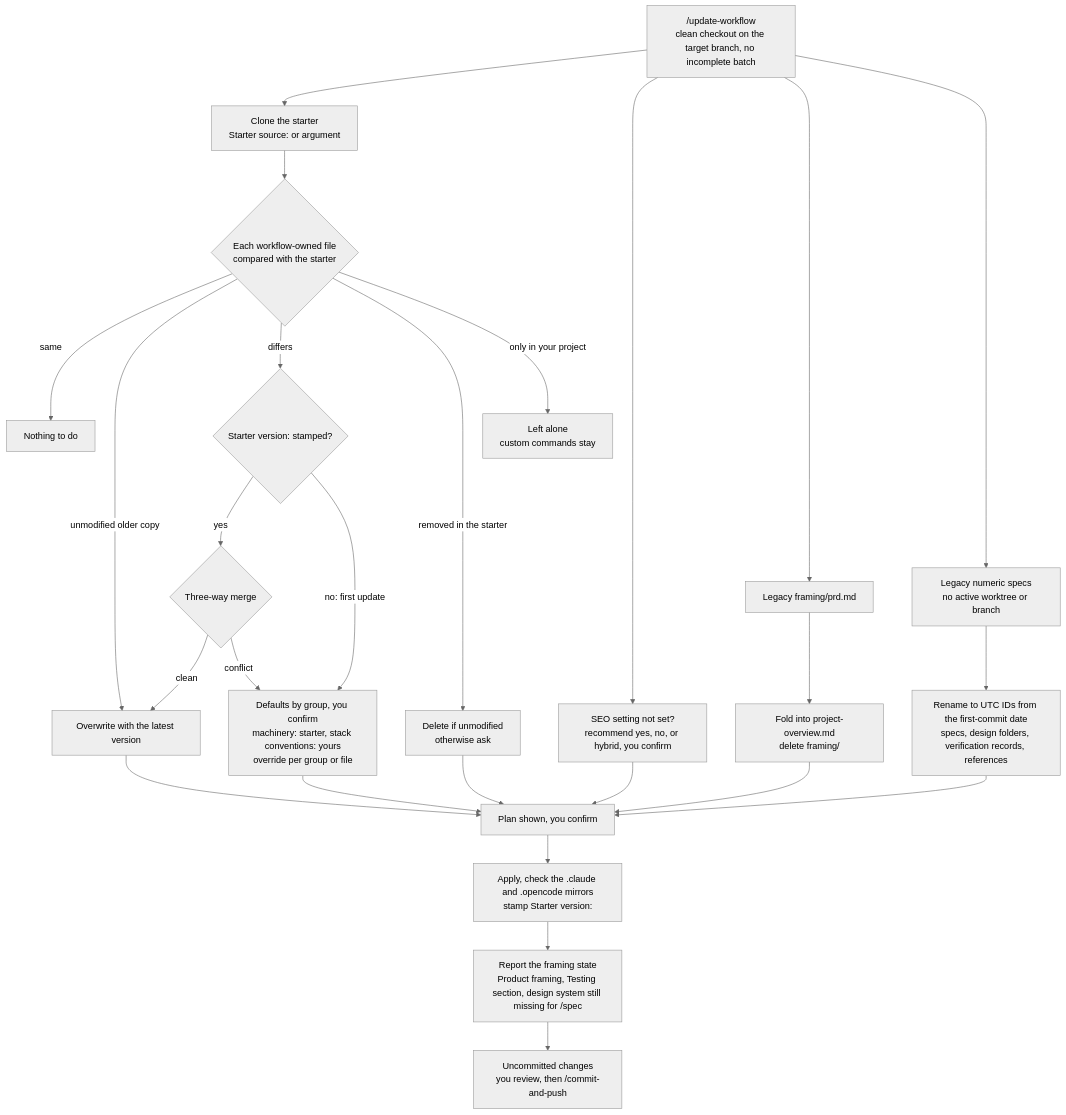
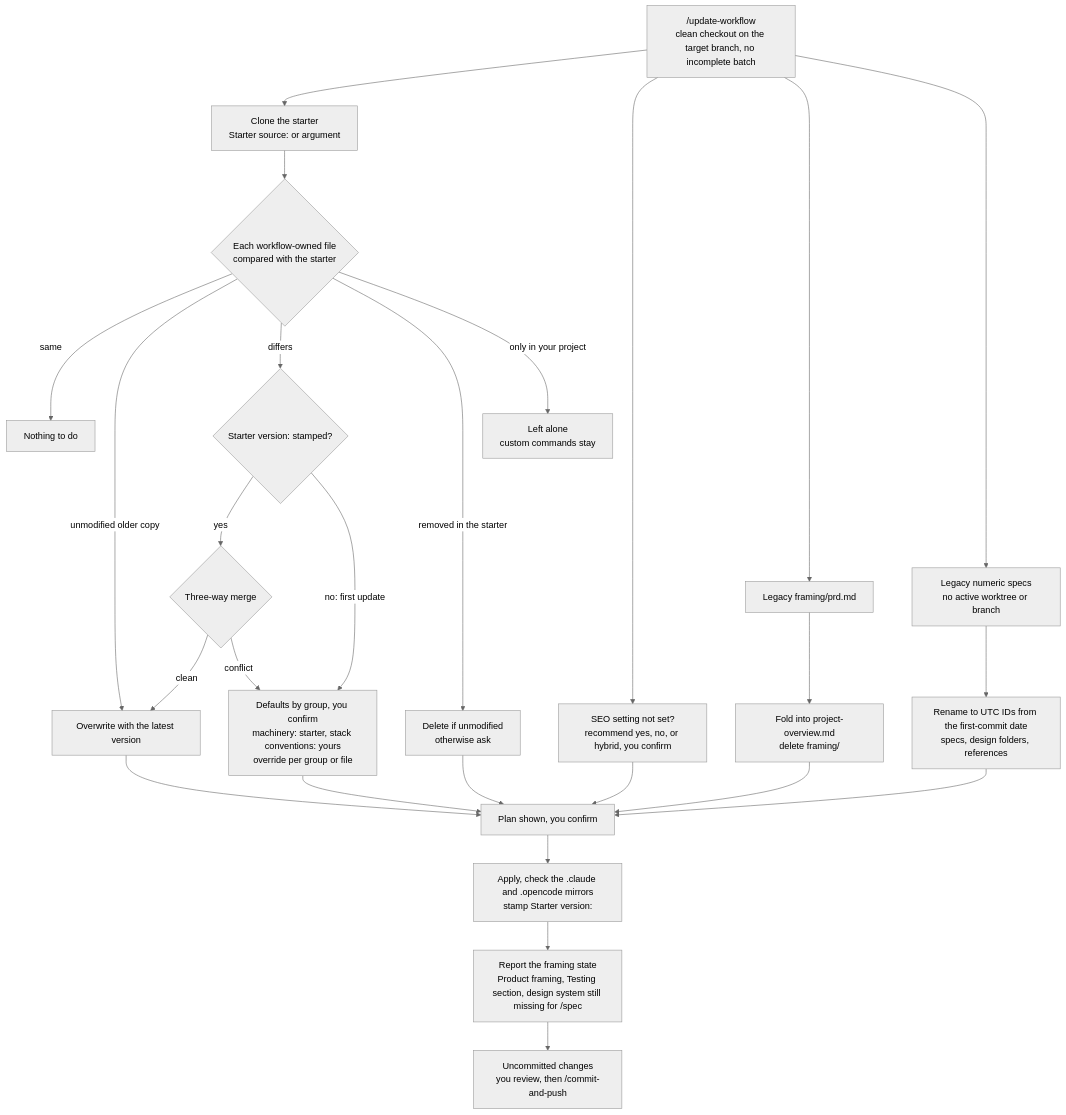
One commit to the-blue-coder/agentic-starter changed the sixth of 6 diagrams in README.md. Above: the diagram before and after it, drawn with Mermaid (neutral theme). The commit also changed other lines of this file and 10 other files, not shown here.

````diff
--- a/README.md
+++ b/README.md
@@ -328,28 +328,28 @@
 ```mermaid
 flowchart TD
   start["/update-workflow<br/>clean checkout on the target branch, no incomplete batch"] --> fetch["Clone the starter<br/>Starter source: or argument"]
   fetch --> classify{"Each workflow-owned file<br/>compared with the starter"}
   classify -- "same" --> skip["Nothing to do"]
   classify -- "unmodified older copy" --> overwrite["Overwrite with the latest version"]
   classify -- "differs" --> base{"Starter version: stamped?"}
   base -- "yes" --> merge{"Three-way merge"}
   merge -- "clean" --> overwrite
   merge -- "conflict" --> ask
   base -- "no: first update" --> ask["Defaults by group, you confirm<br/>machinery: starter, stack conventions: yours<br/>override per group or file"]
   classify -- "removed in the starter" --> remove["Delete if unmodified<br/>otherwise ask"]
   classify -- "only in your project" --> own["Left alone<br/>custom commands stay"]
   start --> seoq["SEO setting not set?<br/>recommend yes, no, or hybrid, you confirm"]
   start --> prdlegacy["Legacy framing/prd.md"]
   prdlegacy --> foldprd["Fold into project-overview.md<br/>delete framing/"]
   foldprd --> plan
   start --> specs["Legacy numeric specs<br/>no active worktree or branch"]
-  specs --> rename["Rename to UTC IDs from the first-commit date<br/>specs, design folders, verification records, references"]
+  specs --> rename["Rename to UTC IDs from the first-commit date<br/>specs, design folders, references"]
   overwrite --> plan["Plan shown, you confirm"]
   ask --> plan
   remove --> plan
   rename --> plan
   seoq --> plan
   plan --> apply["Apply, check the .claude and .opencode mirrors<br/>stamp Starter version:"]
   apply --> framing["Report the framing state<br/>Product framing, Testing section, design system still missing for /spec"]
   framing --> review["Uncommitted changes<br/>you review, then /commit-and-push"]
 ```
````
